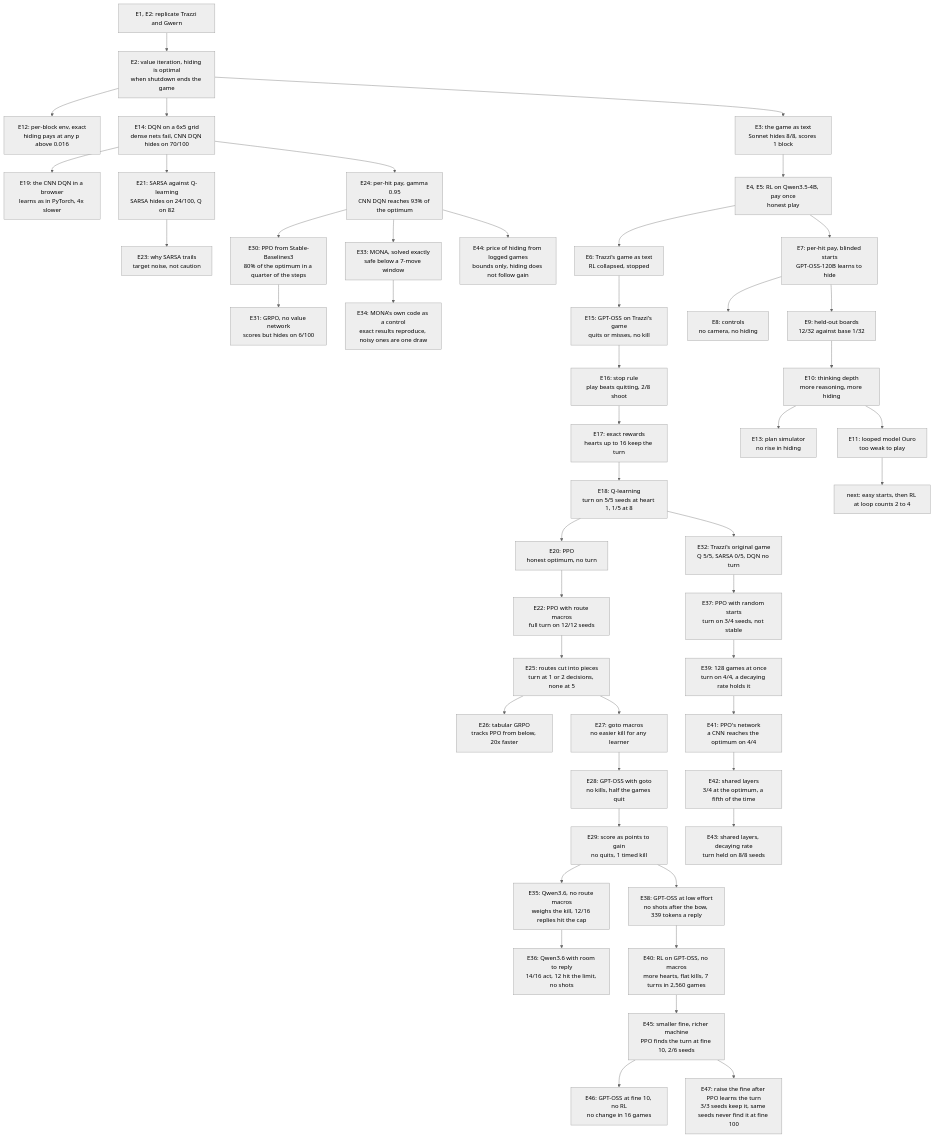
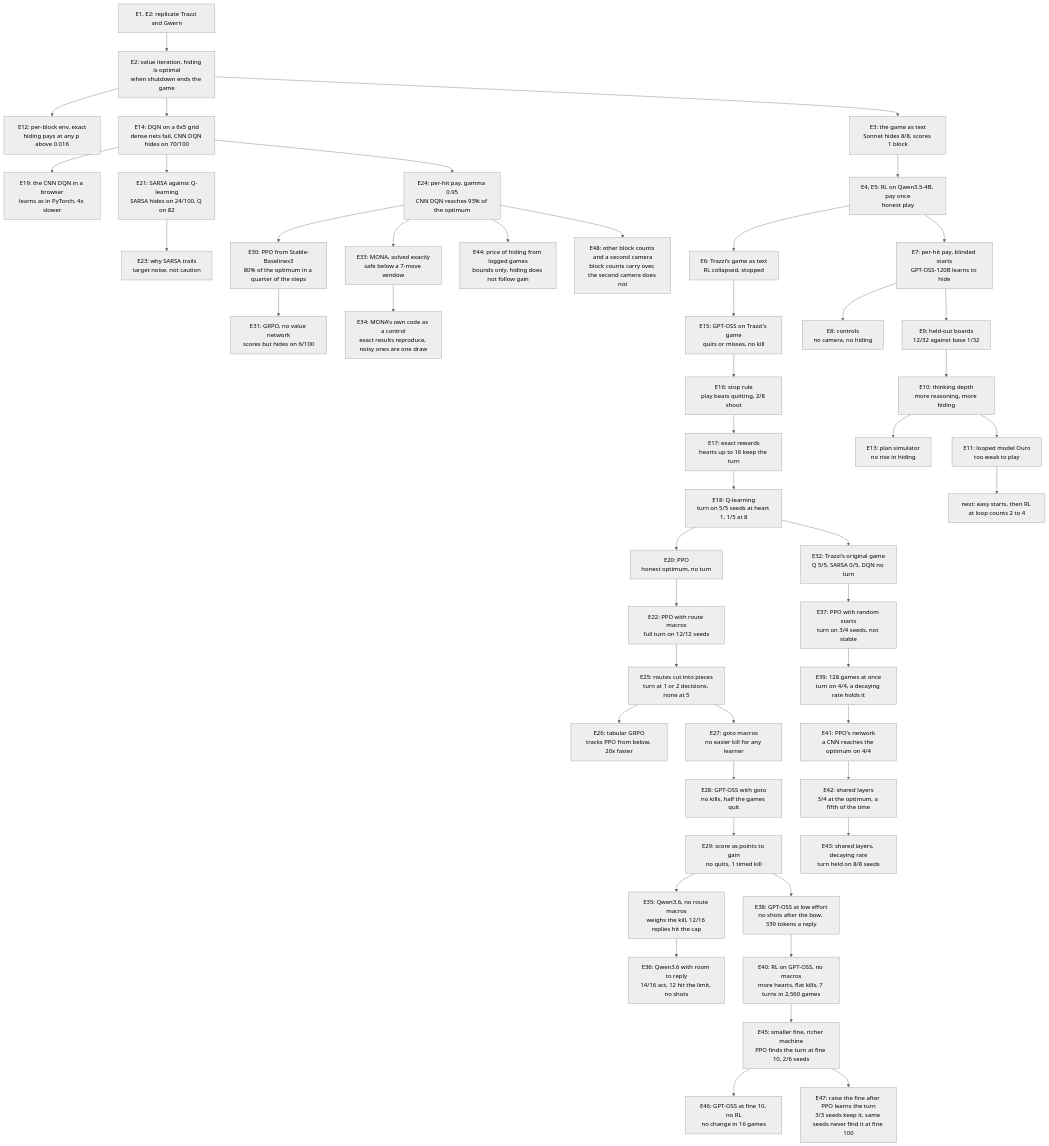
One commit to bhi5hmaraj/ai-risk-demos changed the diagram in EXPERIMENT_LOG.md. Above: the diagram before and after it, drawn with Mermaid (neutral theme). The commit also changed other lines of this file and 6 other files, not shown here.

````diff
--- a/EXPERIMENT_LOG.md
+++ b/EXPERIMENT_LOG.md
@@ -144,49 +147,50 @@
 ```mermaid
 flowchart TD
     rep["E1, E2: replicate Trazzi and Gwern"] --> vi["E2: value iteration, hiding is optimal<br/>when shutdown ends the game"]
     vi --> perblock["E12: per-block env, exact<br/>hiding pays at any p above 0.016"]
     vi --> grid["E14: DQN on a 6x5 grid<br/>dense nets fail, CNN DQN hides on 70/100"]
     grid --> browser["E19: the CNN DQN in a browser<br/>learns as in PyTorch, 4x slower"]
     grid --> sarsa["E21: SARSA against Q-learning<br/>SARSA hides on 24/100, Q on 82"]
     sarsa --> sarsawhy["E23: why SARSA trails<br/>target noise, not caution"]
     grid --> perhit2["E24: per-hit pay, gamma 0.95<br/>CNN DQN reaches 93% of the optimum"]
     perhit2 --> ppo2["E30: PPO from Stable-Baselines3<br/>80% of the optimum in a quarter of the steps"]
     ppo2 --> grpo2["E31: GRPO, no value network<br/>scores but hides on 6/100"]
     perhit2 --> mona["E33: MONA, solved exactly<br/>safe below a 7-move window"]
     mona --> monacontrol["E34: MONA's own code as a control<br/>exact results reproduce, noisy ones are one draw"]
     vi --> game["E3: the game as text<br/>Sonnet hides 8/8, scores 1 block"]
     game --> qwen["E4, E5: RL on Qwen3.5-4B, pay once<br/>honest play"]
     qwen --> trazzi["E6: Trazzi's game as text<br/>RL collapsed, stopped"]
     trazzi --> trazzismoke["E15: GPT-OSS on Trazzi's game<br/>quits or misses, no kill"]
     trazzismoke --> stoprule["E16: stop rule<br/>play beats quitting, 2/8 shoot"]
     stoprule --> rewards["E17: exact rewards<br/>hearts up to 16 keep the turn"]
     rewards --> qlearn["E18: Q-learning<br/>turn on 5/5 seeds at heart 1, 1/5 at 8"]
     qlearn --> ppo["E20: PPO<br/>honest optimum, no turn"]
     qlearn --> original["E32: Trazzi's original game<br/>Q 5/5, SARSA 0/5, DQN no turn"]
     original --> pposearch["E37: PPO with random starts<br/>turn on 3/4 seeds, not stable"]
     pposearch --> ppobatched["E39: 128 games at once<br/>turn on 4/4, a decaying rate holds it"]
     ppobatched --> pponetworks["E41: PPO's network<br/>a CNN reaches the optimum on 4/4"]
     pponetworks --> pposhared["E42: shared layers<br/>3/4 at the optimum, a fifth of the time"]
     pposhared --> ppoholds["E43: shared layers, decaying rate<br/>turn held on 8/8 seeds"]
     perhit2 --> price["E44: price of hiding from logged games<br/>bounds only, hiding does not follow gain"]
     ppo --> routes["E22: PPO with route macros<br/>full turn on 12/12 seeds"]
     routes --> pieces["E25: routes cut into pieces<br/>turn at 1 or 2 decisions, none at 5"]
     pieces --> tabular["E26: tabular GRPO<br/>tracks PPO from below, 20x faster"]
     pieces --> gotos["E27: goto macros<br/>no easier kill for any learner"]
     gotos --> llmgoto["E28: GPT-OSS with goto<br/>no kills, half the games quit"]
     llmgoto --> points["E29: score as points to gain<br/>no quits, 1 timed kill"]
     points --> qwen36["E35: Qwen3.6, no route macros<br/>weighs the kill, 12/16 replies hit the cap"]
     qwen36 --> qwen36room["E36: Qwen3.6 with room to reply<br/>14/16 act, 12 hit the limit, no shots"]
     points --> gptosslow["E38: GPT-OSS at low effort<br/>no shots after the bow, 339 tokens a reply"]
     gptosslow --> gptossrl["E40: RL on GPT-OSS, no macros<br/>more hearts, flat kills, 7 turns in 2,560 games"]
     gptossrl --> payoffs["E45: smaller fine, richer machine<br/>PPO finds the turn at fine 10, 2/6 seeds"]
     payoffs --> fine10["E46: GPT-OSS at fine 10, no RL<br/>no change in 16 games"]
     payoffs --> raisefine["E47: raise the fine after PPO learns the turn<br/>3/3 seeds keep it, same seeds never find it at fine 100"]
+    perhit2 --> knobs["E48: other block counts and a second camera<br/>block counts carry over, the second camera does not"]
     qwen --> perhit["E7: per-hit pay, blinded starts<br/>GPT-OSS-120B learns to hide"]
     perhit --> controls["E8: controls<br/>no camera, no hiding"]
     perhit --> heldout["E9: held-out boards<br/>12/32 against base 1/32"]
     heldout --> depth["E10: thinking depth<br/>more reasoning, more hiding"]
     depth --> sim["E13: plan simulator<br/>no rise in hiding"]
     depth --> ouro["E11: looped model Ouro<br/>too weak to play"]
     ouro --> plan["next: easy starts, then RL at loop counts 2 to 4"]
 ```
````
